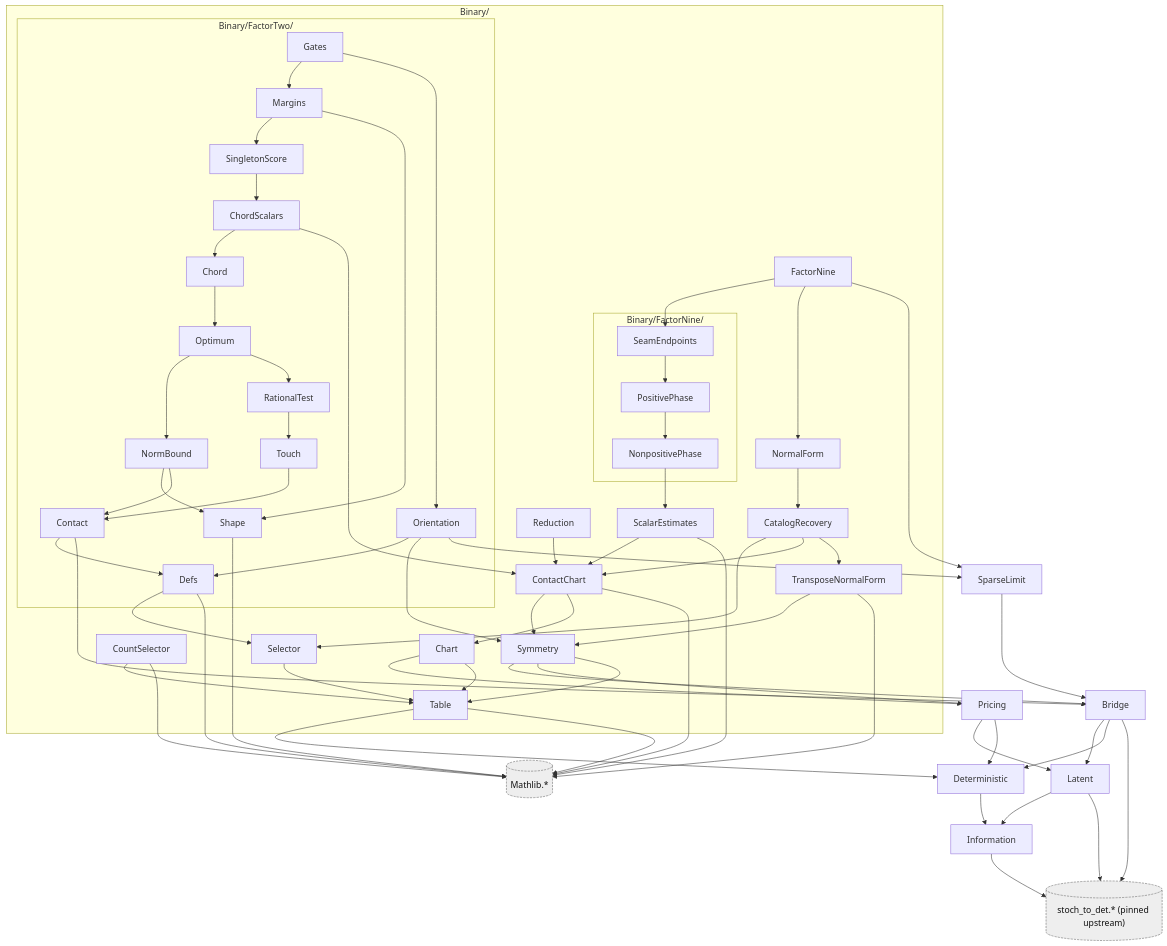
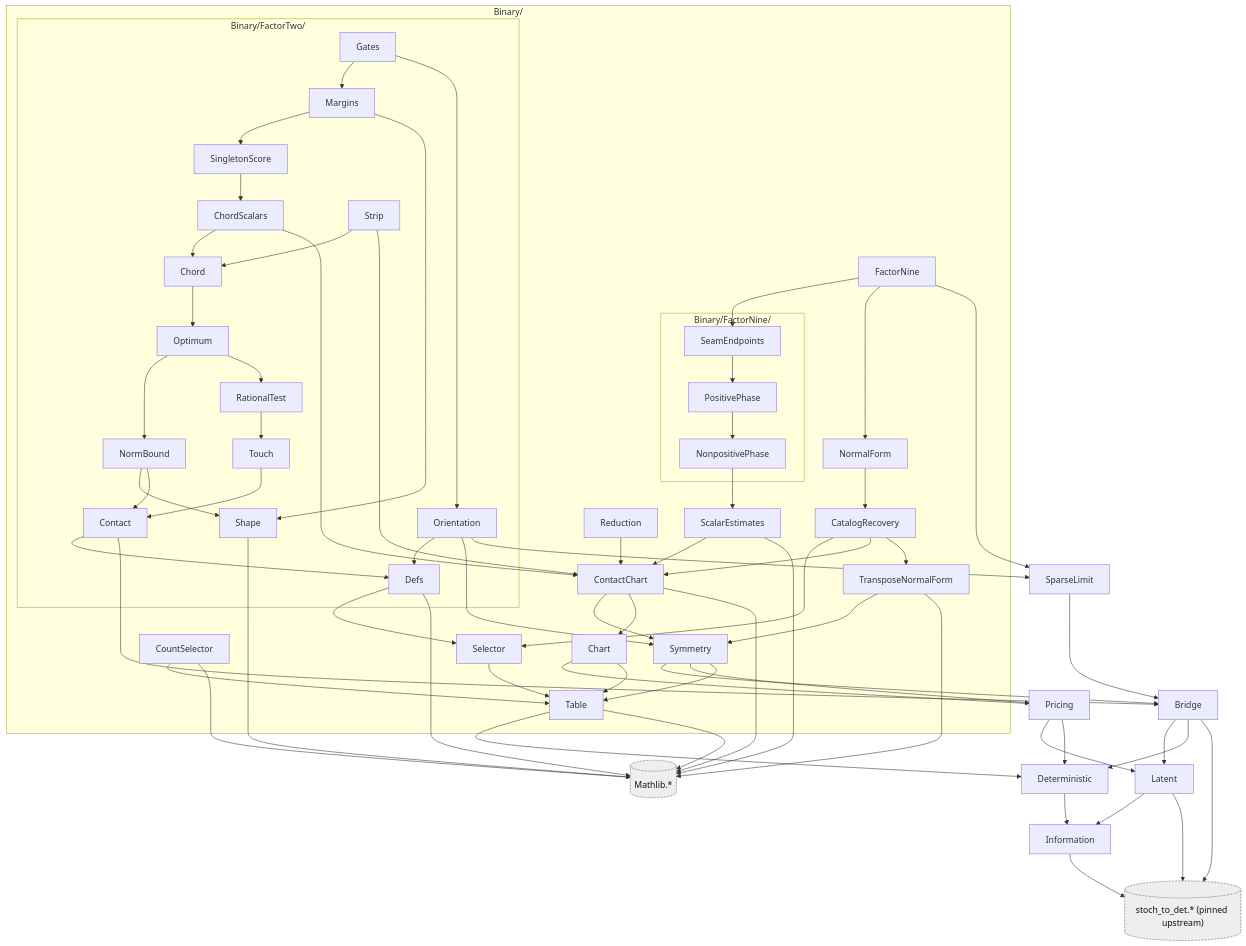
One commit to AlexisOlson/stochastic-to-deterministic-latents changed the diagram in docs/lean-contracts.md. Above: the diagram before and after it, drawn with Mermaid. The commit also changed other lines of this file and 6 other files, not shown here.

```diff
--- a/docs/lean-contracts.md
+++ b/docs/lean-contracts.md
@@ -559,6 +564,7 @@
       Binary_FactorTwo_RationalTest["RationalTest"]
       Binary_FactorTwo_Shape["Shape"]
       Binary_FactorTwo_SingletonScore["SingletonScore"]
+      Binary_FactorTwo_Strip["Strip"]
       Binary_FactorTwo_Touch["Touch"]
     end
   end
@@ -601,6 +607,8 @@
   Binary_FactorTwo_RationalTest --> Binary_FactorTwo_Touch
   Binary_FactorTwo_Shape --> MATHLIB
   Binary_FactorTwo_SingletonScore --> Binary_FactorTwo_ChordScalars
+  Binary_FactorTwo_Strip --> Binary_FactorTwo_Chord
+  Binary_FactorTwo_Strip --> Binary_ContactChart
   Binary_FactorTwo_Touch --> Binary_FactorTwo_Contact
   Binary_NormalForm --> Binary_CatalogRecovery
   Binary_Reduction --> Binary_ContactChart
```
